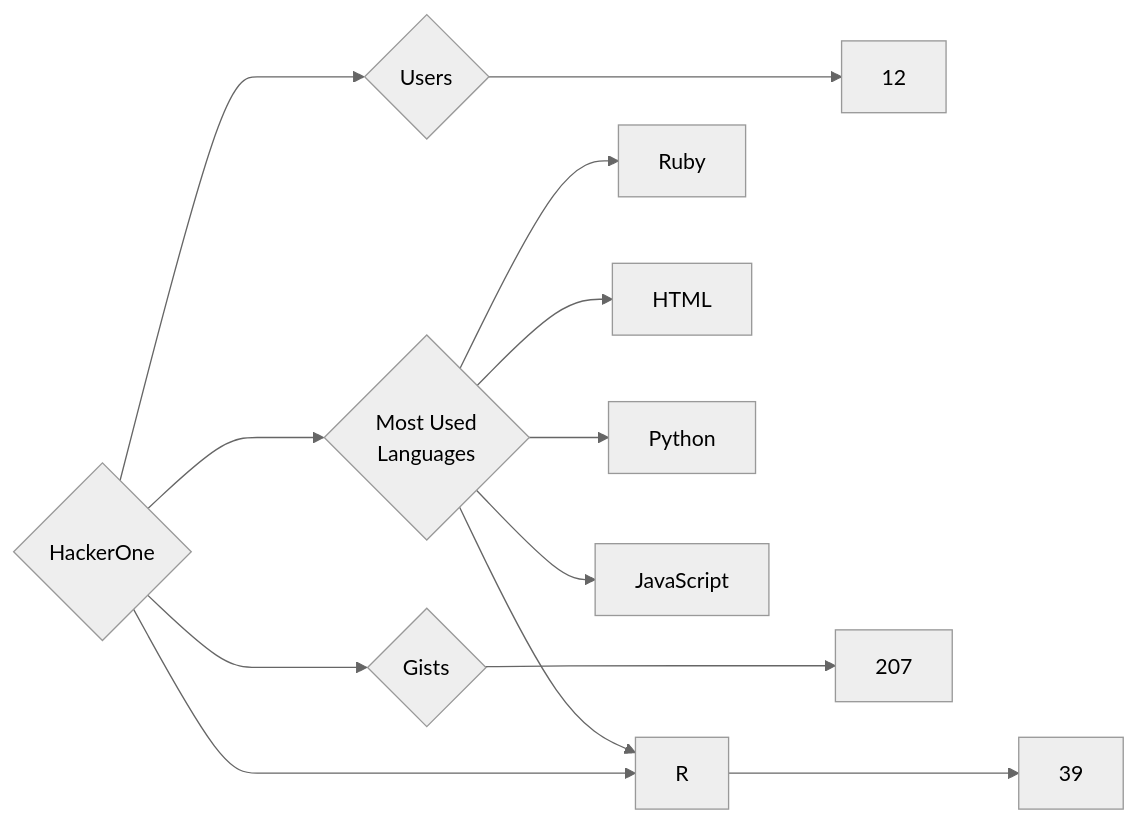
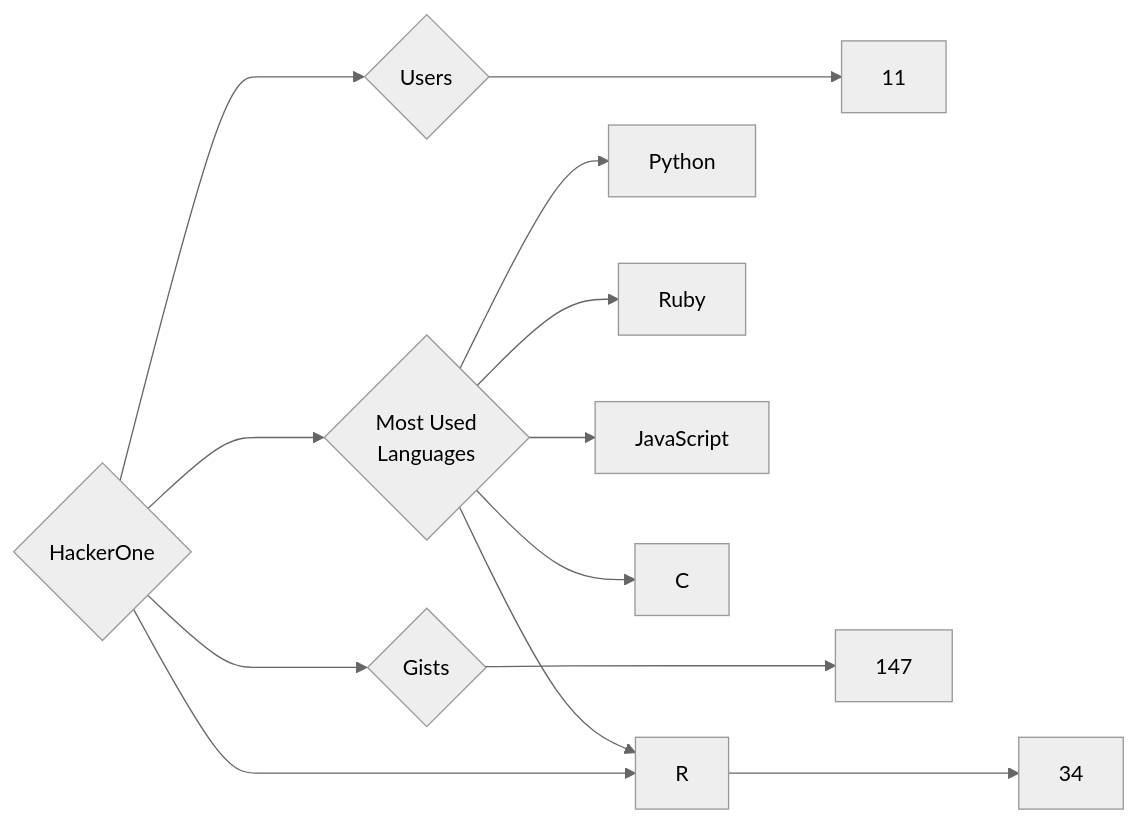
Before and after one commit to trickest/insiders: the diagram in targets/HackerOne/README.md, drawn with Mermaid (neutral theme). The commit also changed 1123 other files, not shown here.

````diff
--- a/targets/HackerOne/README.md
+++ b/targets/HackerOne/README.md
@@ -3,13 +3,13 @@
 ```mermaid
 graph LR
 COMPANY_NAME{HackerOne}
-COMPANY_NAME ---> U{Users} ---> UN[12]
-COMPANY_NAME ---> R{Repositories} ---> RN[39]
-COMPANY_NAME ---> G{Gists} ---> GN[207]
+COMPANY_NAME ---> U{Users} ---> UN[11]
+COMPANY_NAME ---> R{Repositories} ---> RN[34]
+COMPANY_NAME ---> G{Gists} ---> GN[147]
 COMPANY_NAME ---> ML{Most Used<br>Languages}
+ML --> Python[Python]
+ML --> R[R]
 ML --> Ruby[Ruby]
-ML --> R[R]
-ML --> HTML[HTML]
-ML --> Python[Python]
 ML --> JavaScript[JavaScript]
+ML --> C[C]
 ```
````
